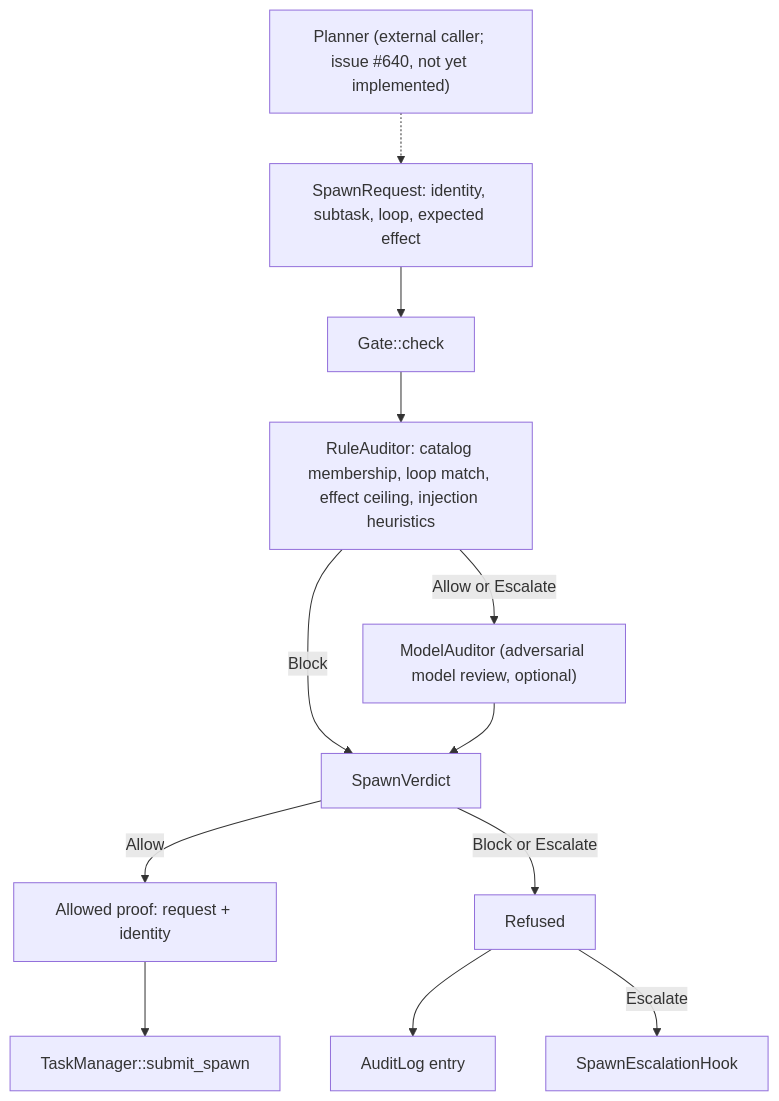
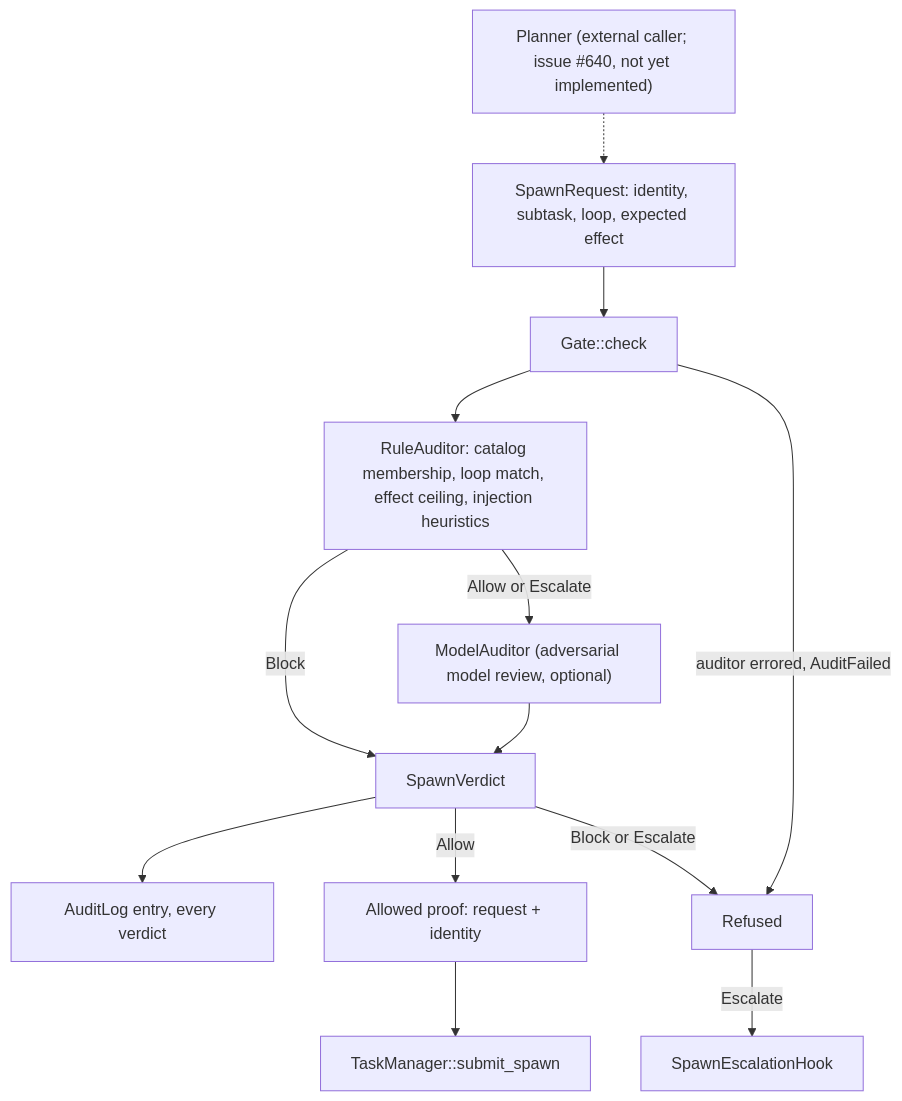
The sixth of 8 diagrams in ARCHITECTURE.md (DominicBurkart/nanna-coder), drawn with Mermaid before and after one commit. The commit also changed other lines of this file and 1 other file, not shown here.

````diff
--- a/ARCHITECTURE.md
+++ b/ARCHITECTURE.md
@@ -246,15 +248,16 @@
 ```mermaid
 flowchart TD
     Planner["Planner (external caller; issue #640, not yet implemented)"]
     Planner -.-> Request["SpawnRequest: identity, subtask, loop, expected effect"]
     Request --> GateCheck["Gate::check"]
     GateCheck --> RuleAuditor["RuleAuditor: catalog membership, loop match, effect ceiling, injection heuristics"]
+    GateCheck -- auditor errored, AuditFailed --> Refused["Refused"]
     RuleAuditor -- Block --> Verdict["SpawnVerdict"]
     RuleAuditor -- Allow or Escalate --> ModelAuditor["ModelAuditor (adversarial model review, optional)"]
     ModelAuditor --> Verdict
+    Verdict --> Log["AuditLog entry, every verdict"]
     Verdict -- Allow --> Allowed["Allowed proof: request + identity"]
-    Verdict -- Block or Escalate --> Refused["Refused"]
+    Verdict -- Block or Escalate --> Refused
     Allowed --> Submit["TaskManager::submit_spawn"]
-    Refused --> Log["AuditLog entry"]
     Refused -- Escalate --> Hook["SpawnEscalationHook"]
 ```
````
